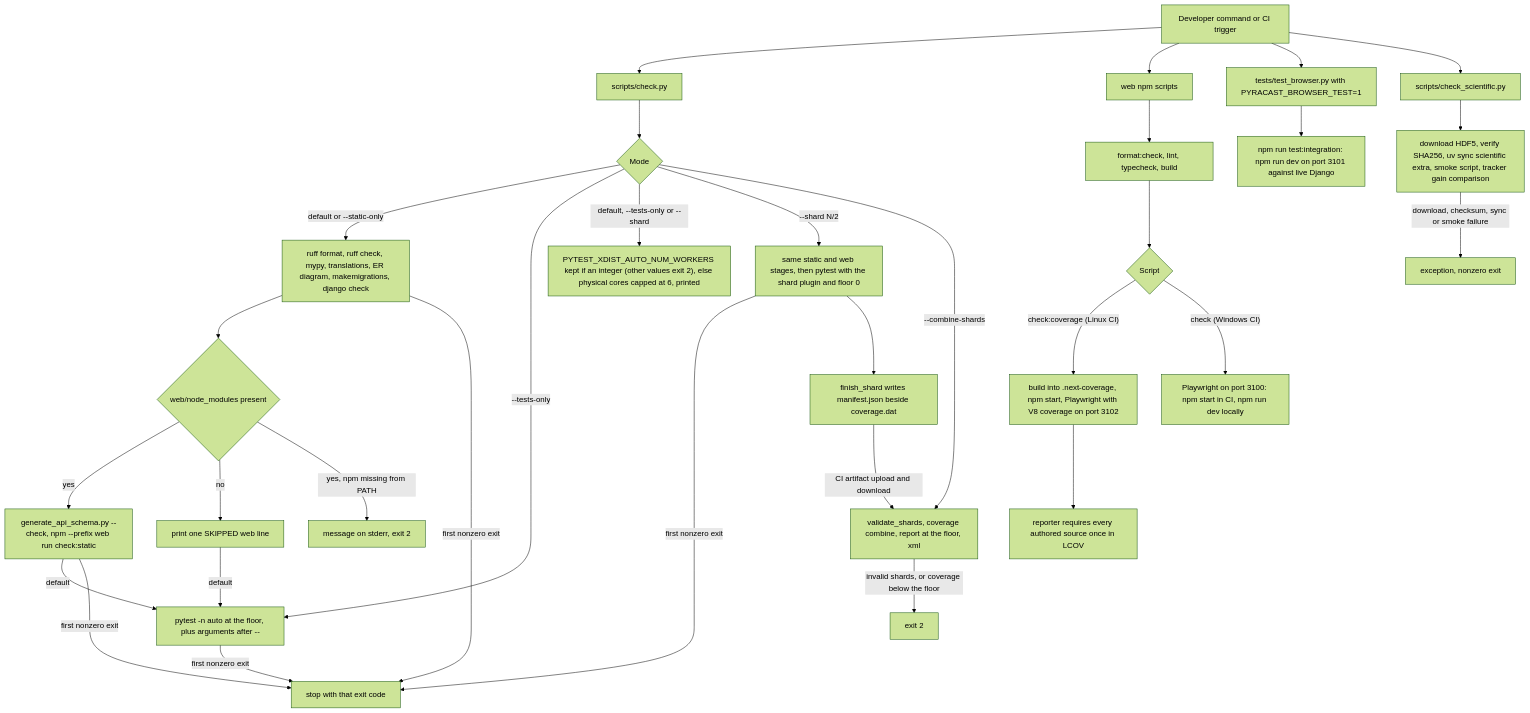
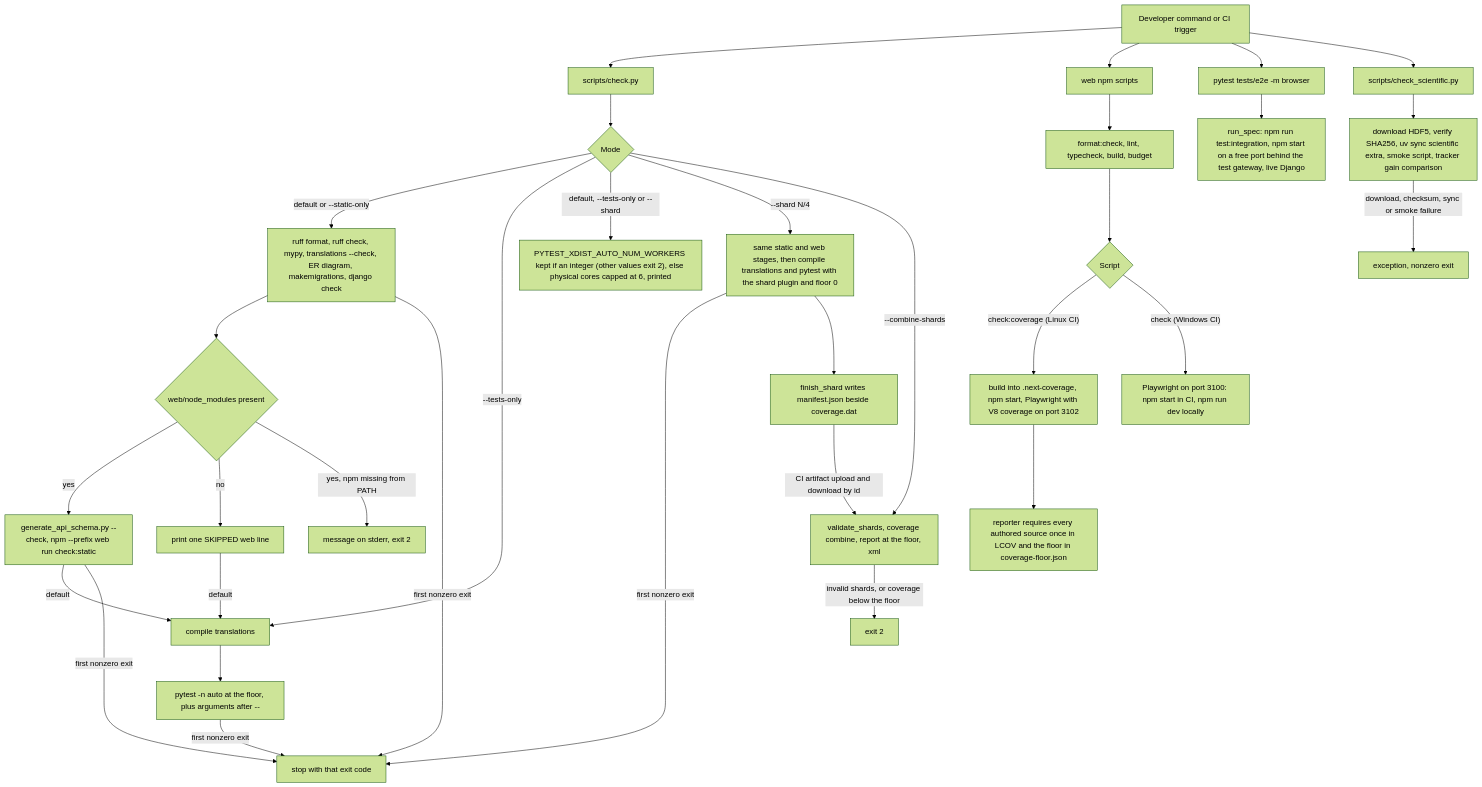
Before and after one commit to erkurtharun/pyracast: the diagram in docs/flows/developer-quality-gate.md, drawn with Mermaid (forest theme). The commit also changed other lines of this file and 85 other files, not shown here.

First line of the commit message:
Bring the flow pages in line with the code (#107)

````diff
--- a/docs/flows/developer-quality-gate.md
+++ b/docs/flows/developer-quality-gate.md
@@ -16,34 +16,35 @@
 ```mermaid
 flowchart TD
     trig["Developer command or CI trigger"] --> B["scripts/check.py"]
     trig --> W["web npm scripts"]
-    trig --> BR["tests/test_browser.py with PYRACAST_BROWSER_TEST=1"]
+    trig --> BR["pytest tests/e2e -m browser"]
     trig --> S["scripts/check_scientific.py"]
     B --> M{"Mode"}
-    M -->|"default or --static-only"| F["ruff format, ruff check, mypy, translations, ER diagram, makemigrations, django check"]
+    M -->|"default or --static-only"| F["ruff format, ruff check, mypy, translations --check, ER diagram, makemigrations, django check"]
     F --> WS{"web/node_modules present"}
     WS -->|"yes"| WG["generate_api_schema.py --check, npm --prefix web run check:static"]
     WS -->|"no"| SK["print one SKIPPED web line"]
     WS -->|"yes, npm missing from PATH"| X3["message on stderr, exit 2"]
-    WG -->|"default"| P["pytest -n auto at the floor, plus arguments after --"]
-    SK -->|"default"| P
-    M -->|"--tests-only"| P
+    WG -->|"default"| CT["compile translations"]
+    SK -->|"default"| CT
+    M -->|"--tests-only"| CT
+    CT --> P["pytest -n auto at the floor, plus arguments after --"]
     M -->|"default, --tests-only or --shard"| N["PYTEST_XDIST_AUTO_NUM_WORKERS kept if an integer (other values exit 2), else physical cores capped at 6, printed"]
-    M -->|"--shard N/2"| H["same static and web stages, then pytest with the shard plugin and floor 0"]
+    M -->|"--shard N/4"| H["same static and web stages, then compile translations and pytest with the shard plugin and floor 0"]
     P -->|"first nonzero exit"| X
     M -->|"--combine-shards"| C["validate_shards, coverage combine, report at the floor, xml"]
     F -->|"first nonzero exit"| X["stop with that exit code"]
     WG -->|"first nonzero exit"| X
     H -->|"first nonzero exit"| X
     H --> K["finish_shard writes manifest.json beside coverage.dat"]
-    K -->|"CI artifact upload and download"| C
+    K -->|"CI artifact upload and download by id"| C
     C -->|"invalid shards, or coverage below the floor"| X2["exit 2"]
-    W --> V["format:check, lint, typecheck, build"]
+    W --> V["format:check, lint, typecheck, build, budget"]
     V --> R{"Script"}
     R -->|"check:coverage (Linux CI)"| TC["build into .next-coverage, npm start, Playwright with V8 coverage on port 3102"]
     R -->|"check (Windows CI)"| TN["Playwright on port 3100: npm start in CI, npm run dev locally"]
-    TC --> LC["reporter requires every authored source once in LCOV"]
-    BR --> I["npm run test:integration: npm run dev on port 3101 against live Django"]
+    TC --> LC["reporter requires every authored source once in LCOV and the floor in coverage-floor.json"]
+    BR --> I["run_spec: npm run test:integration, npm start on a free port behind the test gateway, live Django"]
     S --> D["download HDF5, verify SHA256, uv sync scientific extra, smoke script, tracker gain comparison"]
     D -->|"download, checksum, sync or smoke failure"| E["exception, nonzero exit"]
 ```
````
